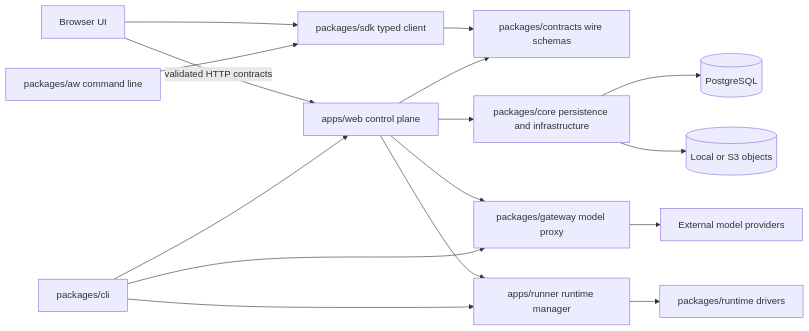
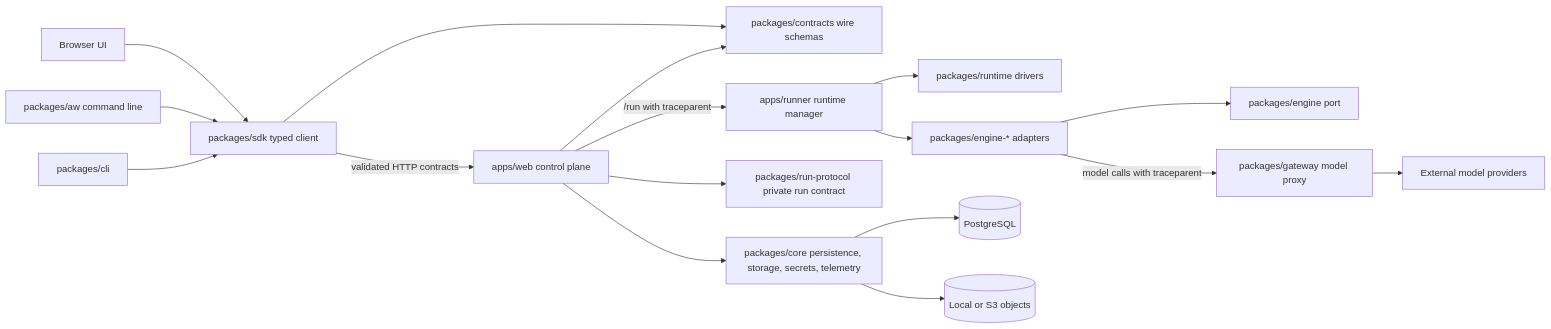
The first of 2 diagrams in docs/architecture.md (indxjp/agent-workspace), drawn with Mermaid before and after one commit. The commit also changed other lines of this file and 2629 other files, not shown here.

````diff
--- a/docs/architecture.md
+++ b/docs/architecture.md
@@ -13,18 +19,19 @@
 ```mermaid
 flowchart LR
-  Browser[Browser UI] -->|validated HTTP contracts| Web[apps/web control plane]
-  Browser --> SDK[packages/sdk typed client]
+  Browser[Browser UI] --> SDK[packages/sdk typed client]
   AW[packages/aw command line] --> SDK
+  CLI[packages/cli] --> SDK
+  SDK -->|validated HTTP contracts| Web[apps/web control plane]
   SDK --> Contracts[packages/contracts wire schemas]
   Web --> Contracts
-  Web --> Core[packages/core persistence and infrastructure]
-  Web --> Gateway[packages/gateway model proxy]
-  Web --> Runner[apps/runner runtime manager]
+  Web --> Core[packages/core persistence, storage, secrets, telemetry]
+  Web --> RunProtocol[packages/run-protocol private run contract]
+  Web -->|/run with traceparent| Runner[apps/runner runtime manager]
   Runner --> Runtime[packages/runtime drivers]
+  Runner --> Adapters[packages/engine-* adapters]
+  Adapters --> Engine[packages/engine port]
+  Adapters -->|model calls with traceparent| Gateway[packages/gateway model proxy]
   Gateway --> Providers[External model providers]
   Core --> PostgreSQL[(PostgreSQL)]
   Core --> Objects[(Local or S3 objects)]
-  CLI[packages/cli] --> Web
-  CLI --> Gateway
-  CLI --> Runner
 ```
````
